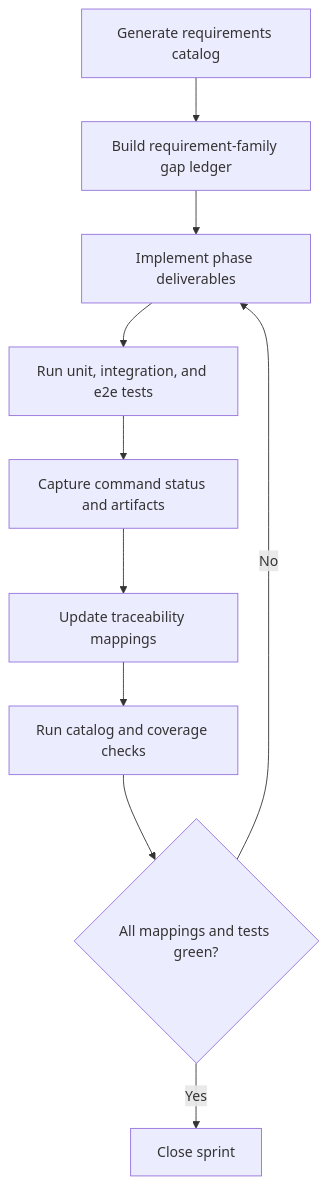
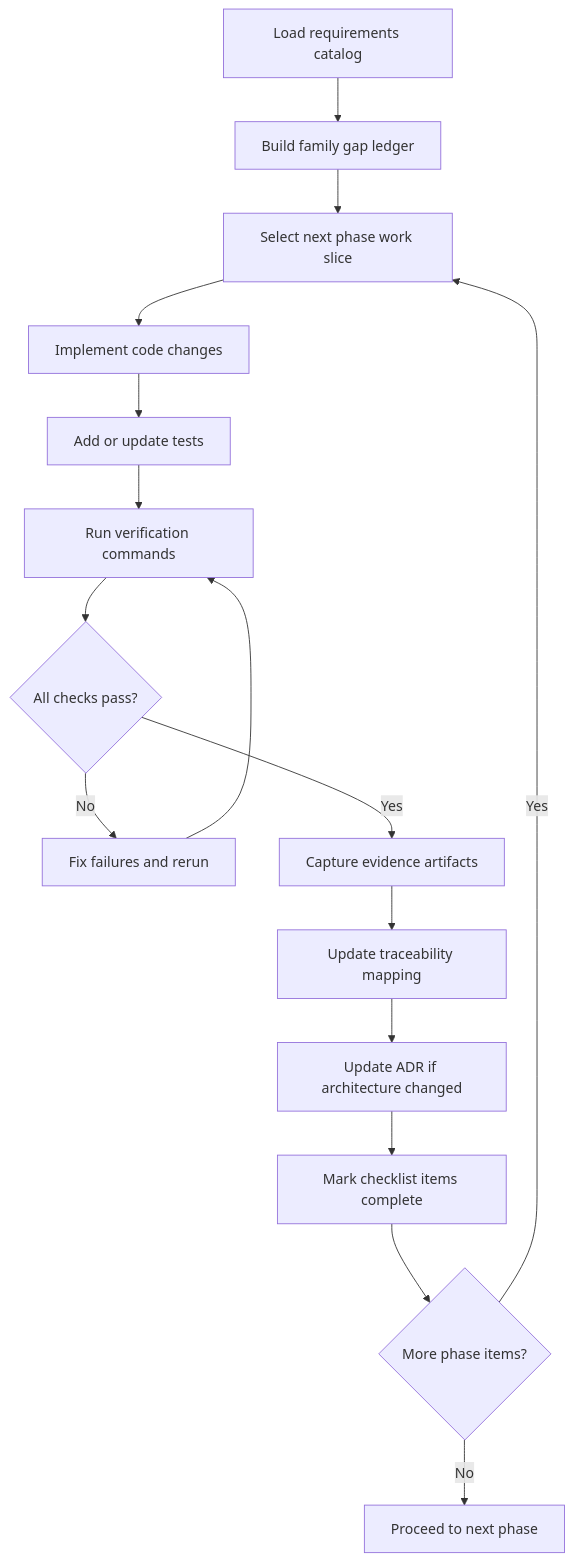
The third of 5 diagrams in docs/sprints/SPRINT-003-close-spec-parity-tcl.md (jaytaylor/attractor-tcl), drawn with Mermaid before and after one commit. The commit also changed other lines of this file, not shown here.

Commit message:
docs: sync sprint 003 close-spec parity plan with verification evidence

````diff
--- a/docs/sprints/SPRINT-003-close-spec-parity-tcl.md
+++ b/docs/sprints/SPRINT-003-close-spec-parity-tcl.md
@@ -1300,12 +2428,18 @@
 ```mermaid
 flowchart TD
-  A[Generate requirements catalog] --> B[Build requirement-family gap ledger]
-  B --> C[Implement phase deliverables]
-  C --> D[Run unit, integration, and e2e tests]
-  D --> E[Capture command status and artifacts]
-  E --> F[Update traceability mappings]
-  F --> G[Run catalog and coverage checks]
-  G --> H{All mappings and tests green?}
-  H -->|No| C
-  H -->|Yes| I[Close sprint]
+  A[Load requirements catalog] --> B[Build family gap ledger]
+  B --> C[Select next phase work slice]
+  C --> D[Implement code changes]
+  D --> E[Add or update tests]
+  E --> F[Run verification commands]
+  F --> G{All checks pass?}
+  G -- No --> H[Fix failures and rerun]
+  H --> F
+  G -- Yes --> I[Capture evidence artifacts]
+  I --> J[Update traceability mapping]
+  J --> K[Update ADR if architecture changed]
+  K --> L[Mark checklist items complete]
+  L --> M{More phase items?}
+  M -- Yes --> C
+  M -- No --> N[Proceed to next phase]
 ```
````
